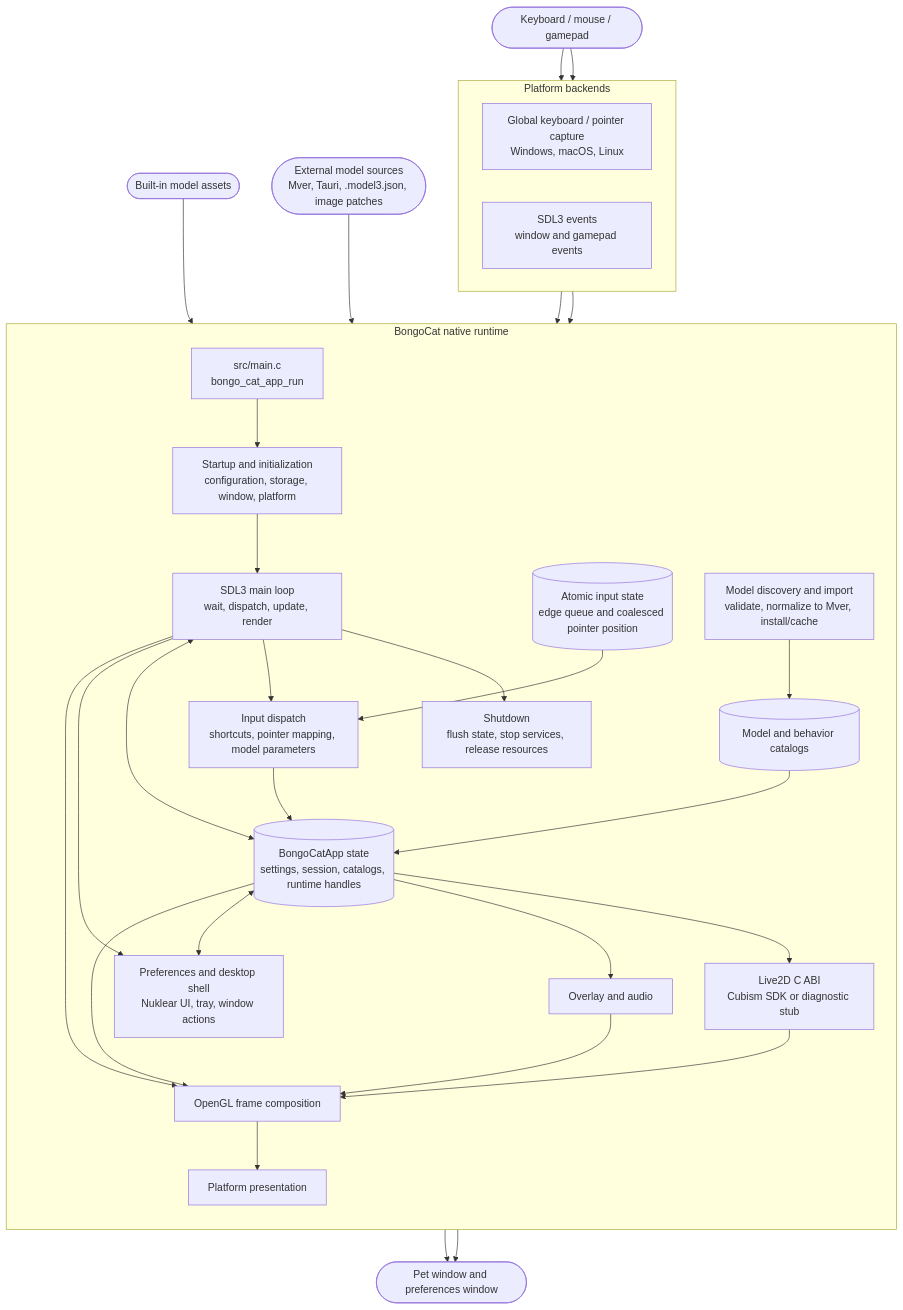
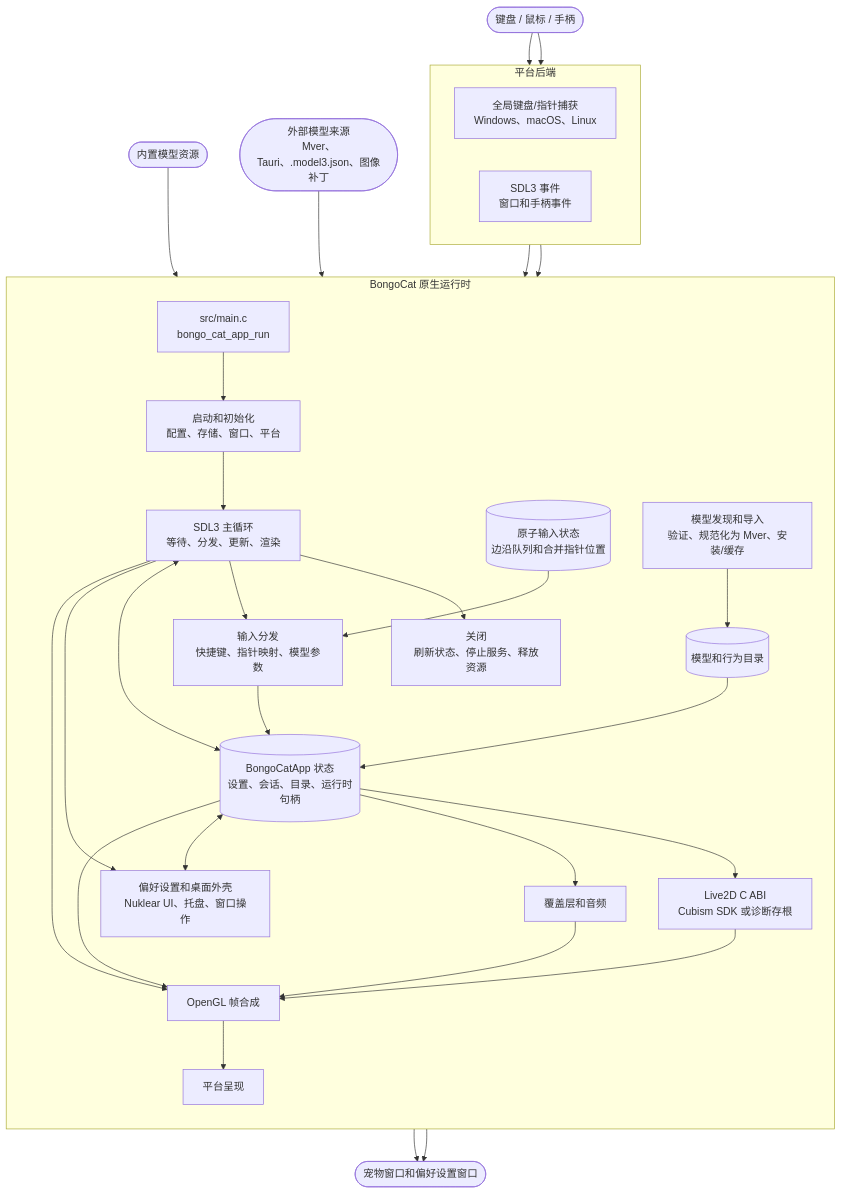
One commit to Fid-falling/bongocat-turbo changed the diagram in README.md. Above: the diagram before and after it, drawn with Mermaid. The commit also changed other lines of this file and 10 other files, not shown here.

````diff
--- a/README.md
+++ b/README.md
@@ -272,53 +190,53 @@
 ```mermaid
 flowchart TB
-  Input(["Keyboard / mouse / gamepad"])
-  BuiltIn(["Built-in model assets"])
-  Sources(["External model sources<br/>Mver, Tauri, .model3.json, image patches"])
-  Desktop(["Pet window and preferences window"])
+  Input(["键盘 / 鼠标 / 手柄"])
+  BuiltIn(["内置模型资源"])
+  Sources(["外部模型来源<br/>Mver、Tauri、.model3.json、图像补丁"])
+  Desktop(["宠物窗口和偏好设置窗口"])
 
-  subgraph Runtime["BongoCat native runtime"]
+  subgraph Runtime["BongoCat 原生运行时"]
     direction TB
     Entry["src/main.c<br/>bongo_cat_app_run"]
-    Startup["Startup and initialization<br/>configuration, storage, window, platform"]
-    Loop["SDL3 main loop<br/>wait, dispatch, update, render"]
-    Shutdown["Shutdown<br/>flush state, stop services, release resources"]
-    InputQueue[("Atomic input state<br/>edge queue and coalesced pointer position")]
-    InputDispatch["Input dispatch<br/>shortcuts, pointer mapping, model parameters"]
-    State[("BongoCatApp state<br/>settings, session, catalogs, runtime handles")]
-    Import["Model discovery and import<br/>validate, normalize to Mver, install/cache"]
-    Catalog[("Model and behavior catalogs")]
-    Live2D["Live2D C ABI<br/>Cubism SDK or diagnostic stub"]
-    Overlay["Overlay and audio"]
-    Preferences["Preferences and desktop shell<br/>Nuklear UI, tray, window actions"]
-    Compose["OpenGL frame composition"]
-    Present["Platform presentation"]
+    Startup["启动和初始化<br/>配置、存储、窗口、平台"]
+    Loop["SDL3 主循环<br/>等待、分发、更新、渲染"]
+    Shutdown["关闭<br/>刷新状态、停止服务、释放资源"]
+    InputQueue[("原子输入状态<br/>边沿队列和合并指针位置")]
+    InputDispatch["输入分发<br/>快捷键、指针映射、模型参数"]
+    State[("BongoCatApp 状态<br/>设置、会话、目录、运行时句柄")]
+    Import["模型发现和导入<br/>验证、规范化为 Mver、安装/缓存"]
+    Catalog[("模型和行为目录")]
+    Live2D["Live2D C ABI<br/>Cubism SDK 或诊断存根"]
+    Overlay["覆盖层和音频"]
+    Preferences["偏好设置和桌面外壳<br/>Nuklear UI、托盘、窗口操作"]
+    Compose["OpenGL 帧合成"]
+    Present["平台呈现"]
 
     Entry --> Startup --> Loop
     Loop --> Shutdown
     Loop --> InputDispatch --> State
     Loop <--> State
     State --> Live2D
     State --> Overlay
     State <--> Preferences
     Loop --> Preferences
     Catalog --> State
     State --> Compose
     Live2D --> Compose
     Overlay --> Compose
     Compose --> Present
     Loop --> Compose
   end
 
-  subgraph Platform["Platform backends"]
+  subgraph Platform["平台后端"]
     direction LR
-    Global["Global keyboard / pointer capture<br/>Windows, macOS, Linux"]
-    SDL["SDL3 events<br/>window and gamepad events"]
+    Global["全局键盘/指针捕获<br/>Windows、macOS、Linux"]
+    SDL["SDL3 事件<br/>窗口和手柄事件"]
   end
 
   Input --> Global --> InputQueue --> InputDispatch
   Input --> SDL --> Loop
   BuiltIn --> Catalog
   Sources --> Import --> Catalog
   Present --> Desktop
   Preferences --> Desktop
 ```
````
